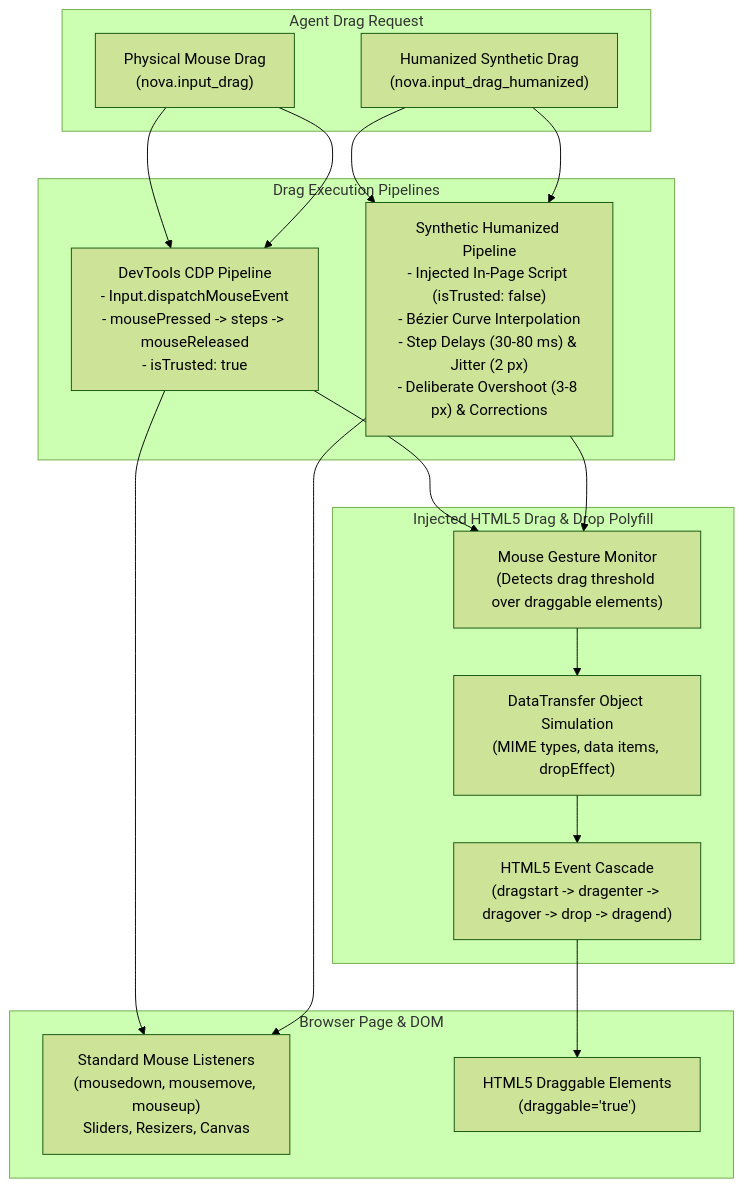
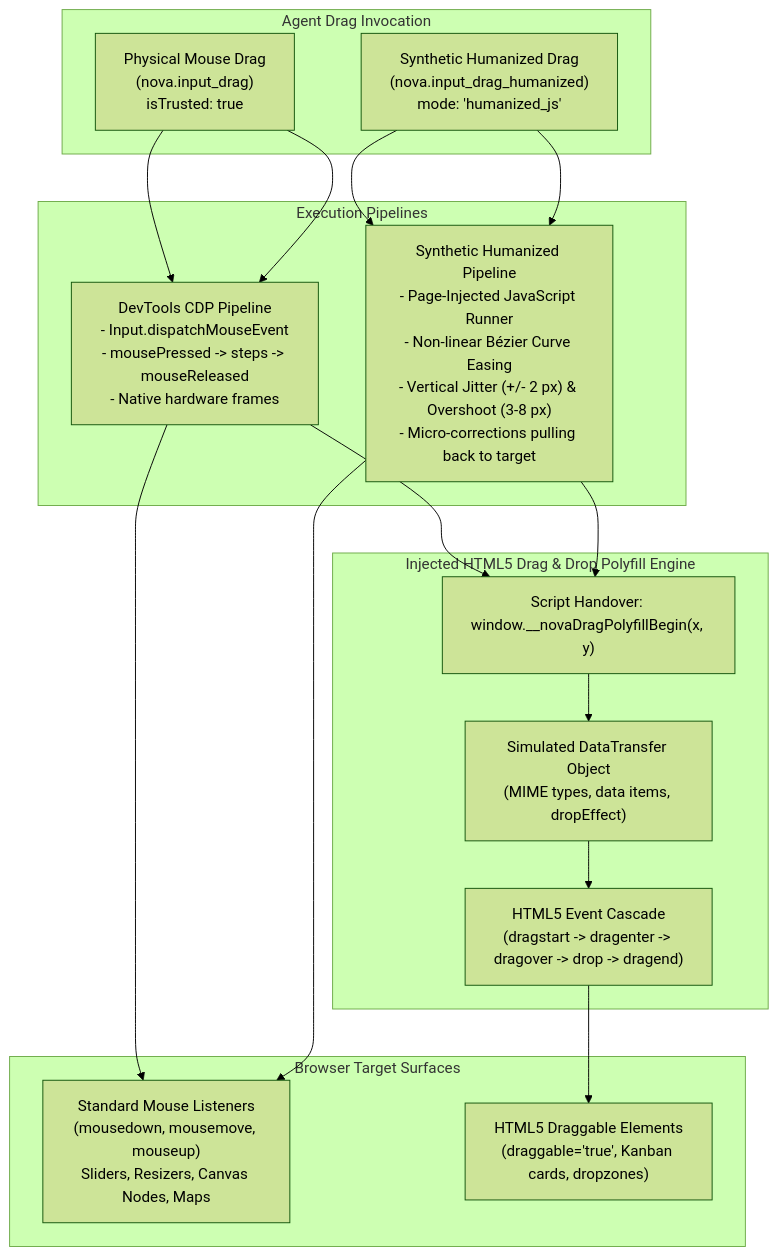
Before and after one commit to joelaniol/nova: the first of 4 diagrams in docs/core-features/browser-interaction/drag-and-drop/README.md, drawn with Mermaid (forest theme). The commit also changed other lines of this file and 6 other files, not shown here.

Commit message:
docs(browser-interaction): expand architectural reference with input dispatch, drag polyfill, and guarded macros

````diff
--- a/docs/core-features/browser-interaction/drag-and-drop/README.md
+++ b/docs/core-features/browser-interaction/drag-and-drop/README.md
@@ -7,30 +16,30 @@
 ```mermaid
 flowchart TD
-    subgraph AgentOps["Agent Drag Request"]
-        PhysicalReq["Physical Mouse Drag\n(nova.input_drag)"]
-        HumanizedReq["Humanized Synthetic Drag\n(nova.input_drag_humanized)"]
+    subgraph AgentOps["Agent Drag Invocation"]
+        PhysicalReq["Physical Mouse Drag\n(nova.input_drag)\nisTrusted: true"]
+        HumanizedReq["Synthetic Humanized Drag\n(nova.input_drag_humanized)\nmode: 'humanized_js'"]
     end
 
-    subgraph DispatchPipes["Drag Execution Pipelines"]
-        CDPPipe["DevTools CDP Pipeline\n- Input.dispatchMouseEvent\n- mousePressed -> steps -> mouseReleased\n- isTrusted: true"]
-        HumanizedPipe["Synthetic Humanized Pipeline\n- Injected In-Page Script (isTrusted: false)\n- Bézier Curve Interpolation\n- Step Delays (30-80 ms) & Jitter (2 px)\n- Deliberate Overshoot (3-8 px) & Corrections"]
+    subgraph DispatchPipes["Execution Pipelines"]
+        CDPPipe["DevTools CDP Pipeline\n- Input.dispatchMouseEvent\n- mousePressed -> steps -> mouseReleased\n- Native hardware frames"]
+        HumanizedPipe["Synthetic Humanized Pipeline\n- Page-Injected JavaScript Runner\n- Non-linear Bézier Curve Easing\n- Vertical Jitter (+/- 2 px) & Overshoot (3-8 px)\n- Micro-corrections pulling back to target"]
     end
 
-    subgraph BrowserSurface["Browser Page & DOM"]
-        MouseListeners["Standard Mouse Listeners\n(mousedown, mousemove, mouseup)\nSliders, Resizers, Canvas"]
-        DraggableElem["HTML5 Draggable Elements\n(draggable='true')"]
+    subgraph BrowserSurface["Browser Target Surfaces"]
+        MouseListeners["Standard Mouse Listeners\n(mousedown, mousemove, mouseup)\nSliders, Resizers, Canvas Nodes, Maps"]
+        DraggableElem["HTML5 Draggable Elements\n(draggable='true', Kanban cards, dropzones)"]
     end
 
-    subgraph PolyfillEngine["Injected HTML5 Drag & Drop Polyfill"]
-        GestureMonitor["Mouse Gesture Monitor\n(Detects drag threshold over draggable elements)"]
-        DataTransferSim["DataTransfer Object Simulation\n(MIME types, data items, dropEffect)"]
+    subgraph PolyfillEngine["Injected HTML5 Drag & Drop Polyfill Engine"]
+        Handover["Script Handover: window.__novaDragPolyfillBegin(x, y)"]
+        DataTransferSim["Simulated DataTransfer Object\n(MIME types, data items, dropEffect)"]
         EventCascade["HTML5 Event Cascade\n(dragstart -> dragenter -> dragover -> drop -> dragend)"]
     end
 
     PhysicalReq --> CDPPipe --> MouseListeners
-    PhysicalReq --> CDPPipe --> GestureMonitor
+    PhysicalReq --> CDPPipe --> Handover
     HumanizedReq --> HumanizedPipe --> MouseListeners
-    HumanizedReq --> HumanizedPipe --> GestureMonitor
+    HumanizedReq --> HumanizedPipe --> Handover
 
-    GestureMonitor --> DataTransferSim --> EventCascade --> DraggableElem
+    Handover --> DataTransferSim --> EventCascade --> DraggableElem
 ```
````
